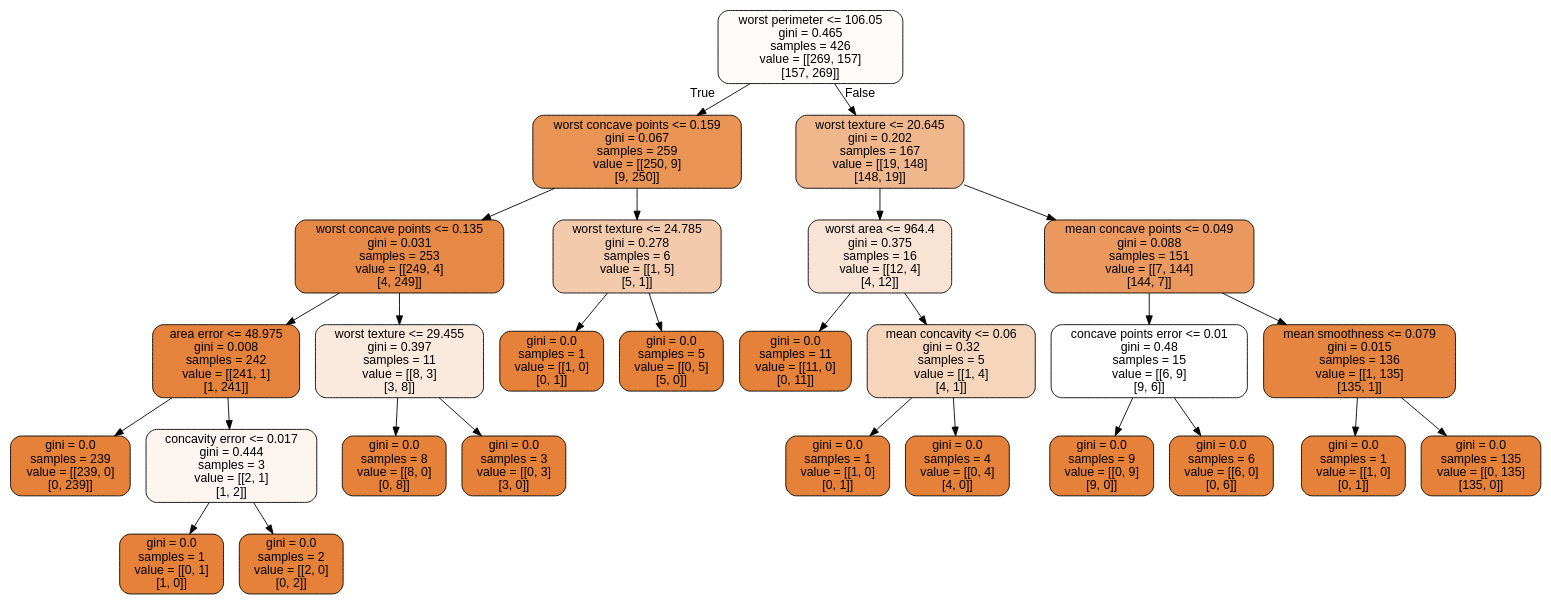
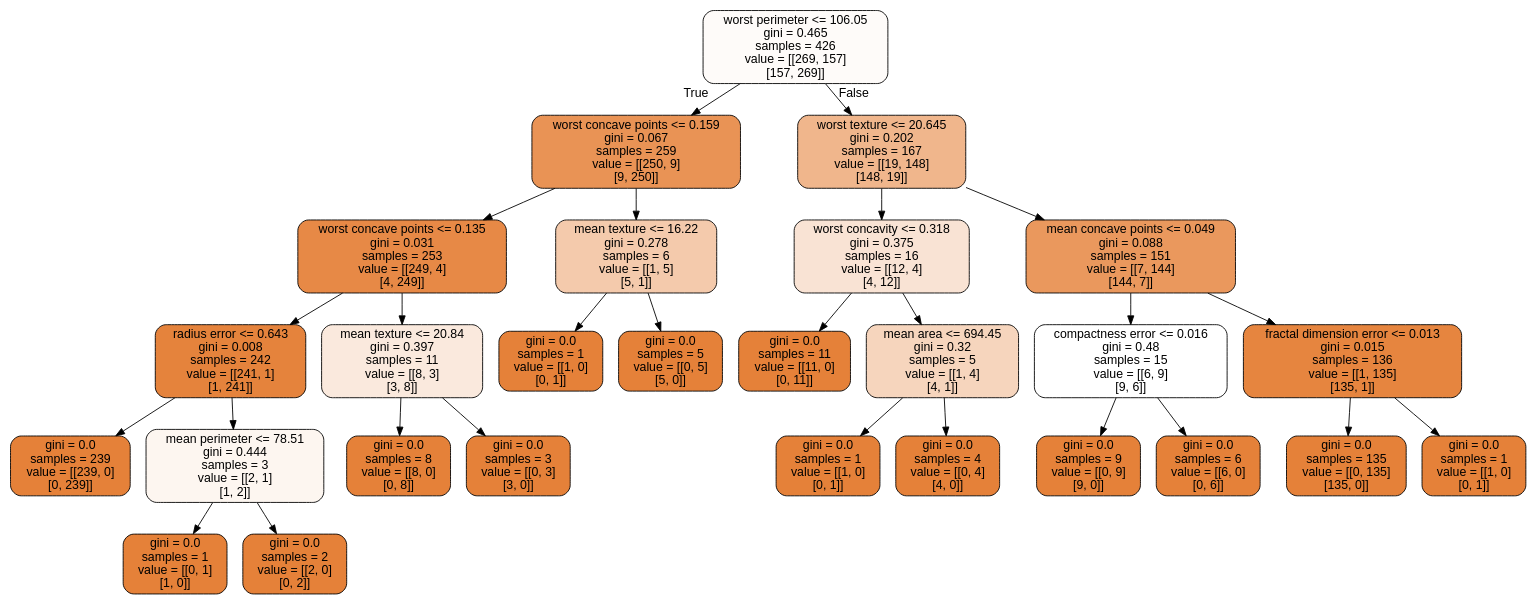
The diagram in doc/pub/week44/ipynb/Datafiles/cancer.dot (CompPhysics/MachineLearning), drawn with Graphviz before and after one commit. The commit also changed 2 other files, not shown here.

```diff
--- a/doc/pub/week44/ipynb/Datafiles/cancer.dot
+++ b/doc/pub/week44/ipynb/Datafiles/cancer.dot
@@ -1,57 +1,57 @@
 digraph Tree {
 node [shape=box, style="filled, rounded", color="black", fontname=helvetica] ;
 edge [fontname=helvetica] ;
 0 [label="worst perimeter <= 106.05\ngini = 0.465\nsamples = 426\nvalue = [[269, 157]\n[157, 269]]", fillcolor="#fefbf9"] ;
 1 [label="worst concave points <= 0.159\ngini = 0.067\nsamples = 259\nvalue = [[250, 9]\n[9, 250]]", fillcolor="#e99355"] ;
 0 -> 1 [labeldistance=2.5, labelangle=45, headlabel="True"] ;
 2 [label="worst concave points <= 0.135\ngini = 0.031\nsamples = 253\nvalue = [[249, 4]\n[4, 249]]", fillcolor="#e78946"] ;
 1 -> 2 ;
-3 [label="area error <= 48.975\ngini = 0.008\nsamples = 242\nvalue = [[241, 1]\n[1, 241]]", fillcolor="#e5833c"] ;
+3 [label="radius error <= 0.643\ngini = 0.008\nsamples = 242\nvalue = [[241, 1]\n[1, 241]]", fillcolor="#e5833c"] ;
 2 -> 3 ;
 4 [label="gini = 0.0\nsamples = 239\nvalue = [[239, 0]\n[0, 239]]", fillcolor="#e58139"] ;
 3 -> 4 ;
-5 [label="concavity error <= 0.017\ngini = 0.444\nsamples = 3\nvalue = [[2, 1]\n[1, 2]]", fillcolor="#fdf6f0"] ;
+5 [label="mean perimeter <= 78.51\ngini = 0.444\nsamples = 3\nvalue = [[2, 1]\n[1, 2]]", fillcolor="#fdf6f0"] ;
 3 -> 5 ;
 6 [label="gini = 0.0\nsamples = 1\nvalue = [[0, 1]\n[1, 0]]", fillcolor="#e58139"] ;
 5 -> 6 ;
 7 [label="gini = 0.0\nsamples = 2\nvalue = [[2, 0]\n[0, 2]]", fillcolor="#e58139"] ;
 5 -> 7 ;
-8 [label="worst texture <= 29.455\ngini = 0.397\nsamples = 11\nvalue = [[8, 3]\n[3, 8]]", fillcolor="#fae9dd"] ;
+8 [label="mean texture <= 20.84\ngini = 0.397\nsamples = 11\nvalue = [[8, 3]\n[3, 8]]", fillcolor="#fae9dd"] ;
 2 -> 8 ;
 9 [label="gini = 0.0\nsamples = 8\nvalue = [[8, 0]\n[0, 8]]", fillcolor="#e58139"] ;
 8 -> 9 ;
 10 [label="gini = 0.0\nsamples = 3\nvalue = [[0, 3]\n[3, 0]]", fillcolor="#e58139"] ;
 8 -> 10 ;
-11 [label="worst texture <= 24.785\ngini = 0.278\nsamples = 6\nvalue = [[1, 5]\n[5, 1]]", fillcolor="#f4caac"] ;
+11 [label="mean texture <= 16.22\ngini = 0.278\nsamples = 6\nvalue = [[1, 5]\n[5, 1]]", fillcolor="#f4caac"] ;
 1 -> 11 ;
 12 [label="gini = 0.0\nsamples = 1\nvalue = [[1, 0]\n[0, 1]]", fillcolor="#e58139"] ;
 11 -> 12 ;
 13 [label="gini = 0.0\nsamples = 5\nvalue = [[0, 5]\n[5, 0]]", fillcolor="#e58139"] ;
 11 -> 13 ;
 14 [label="worst texture <= 20.645\ngini = 0.202\nsamples = 167\nvalue = [[19, 148]\n[148, 19]]", fillcolor="#f0b68c"] ;
 0 -> 14 [labeldistance=2.5, labelangle=-45, headlabel="False"] ;
-15 [label="worst area <= 964.4\ngini = 0.375\nsamples = 16\nvalue = [[12, 4]\n[4, 12]]", fillcolor="#f9e3d4"] ;
+15 [label="worst concavity <= 0.318\ngini = 0.375\nsamples = 16\nvalue = [[12, 4]\n[4, 12]]", fillcolor="#f9e3d4"] ;
 14 -> 15 ;
 16 [label="gini = 0.0\nsamples = 11\nvalue = [[11, 0]\n[0, 11]]", fillcolor="#e58139"] ;
 15 -> 16 ;
-17 [label="mean concavity <= 0.06\ngini = 0.32\nsamples = 5\nvalue = [[1, 4]\n[4, 1]]", fillcolor="#f6d5bd"] ;
+17 [label="mean area <= 694.45\ngini = 0.32\nsamples = 5\nvalue = [[1, 4]\n[4, 1]]", fillcolor="#f6d5bd"] ;
 15 -> 17 ;
 18 [label="gini = 0.0\nsamples = 1\nvalue = [[1, 0]\n[0, 1]]", fillcolor="#e58139"] ;
 17 -> 18 ;
 19 [label="gini = 0.0\nsamples = 4\nvalue = [[0, 4]\n[4, 0]]", fillcolor="#e58139"] ;
 17 -> 19 ;
 20 [label="mean concave points <= 0.049\ngini = 0.088\nsamples = 151\nvalue = [[7, 144]\n[144, 7]]", fillcolor="#ea985d"] ;
 14 -> 20 ;
-21 [label="concave points error <= 0.01\ngini = 0.48\nsamples = 15\nvalue = [[6, 9]\n[9, 6]]", fillcolor="#ffffff"] ;
+21 [label="compactness error <= 0.016\ngini = 0.48\nsamples = 15\nvalue = [[6, 9]\n[9, 6]]", fillcolor="#ffffff"] ;
 20 -> 21 ;
 22 [label="gini = 0.0\nsamples = 9\nvalue = [[0, 9]\n[9, 0]]", fillcolor="#e58139"] ;
 21 -> 22 ;
 23 [label="gini = 0.0\nsamples = 6\nvalue = [[6, 0]\n[0, 6]]", fillcolor="#e58139"] ;
 21 -> 23 ;
-24 [label="mean smoothness <= 0.079\ngini = 0.015\nsamples = 136\nvalue = [[1, 135]\n[135, 1]]", fillcolor="#e6853f"] ;
+24 [label="fractal dimension error <= 0.013\ngini = 0.015\nsamples = 136\nvalue = [[1, 135]\n[135, 1]]", fillcolor="#e6853f"] ;
 20 -> 24 ;
-25 [label="gini = 0.0\nsamples = 1\nvalue = [[1, 0]\n[0, 1]]", fillcolor="#e58139"] ;
+25 [label="gini = 0.0\nsamples = 135\nvalue = [[0, 135]\n[135, 0]]", fillcolor="#e58139"] ;
 24 -> 25 ;
-26 [label="gini = 0.0\nsamples = 135\nvalue = [[0, 135]\n[135, 0]]", fillcolor="#e58139"] ;
+26 [label="gini = 0.0\nsamples = 1\nvalue = [[1, 0]\n[0, 1]]", fillcolor="#e58139"] ;
 24 -> 26 ;
 }
```
